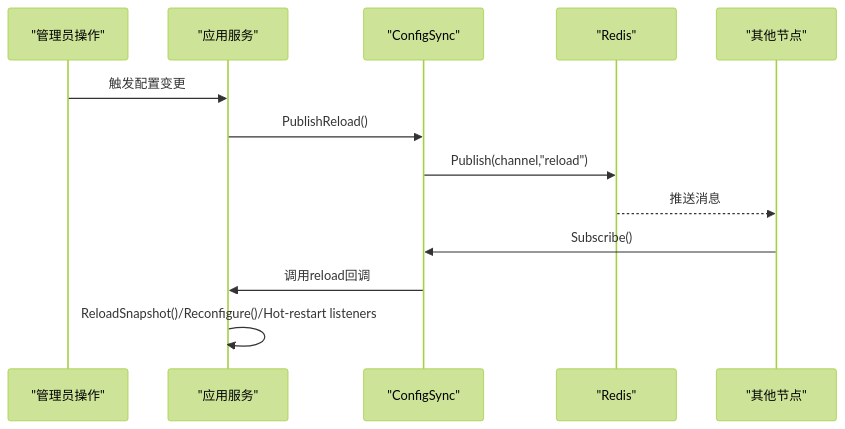
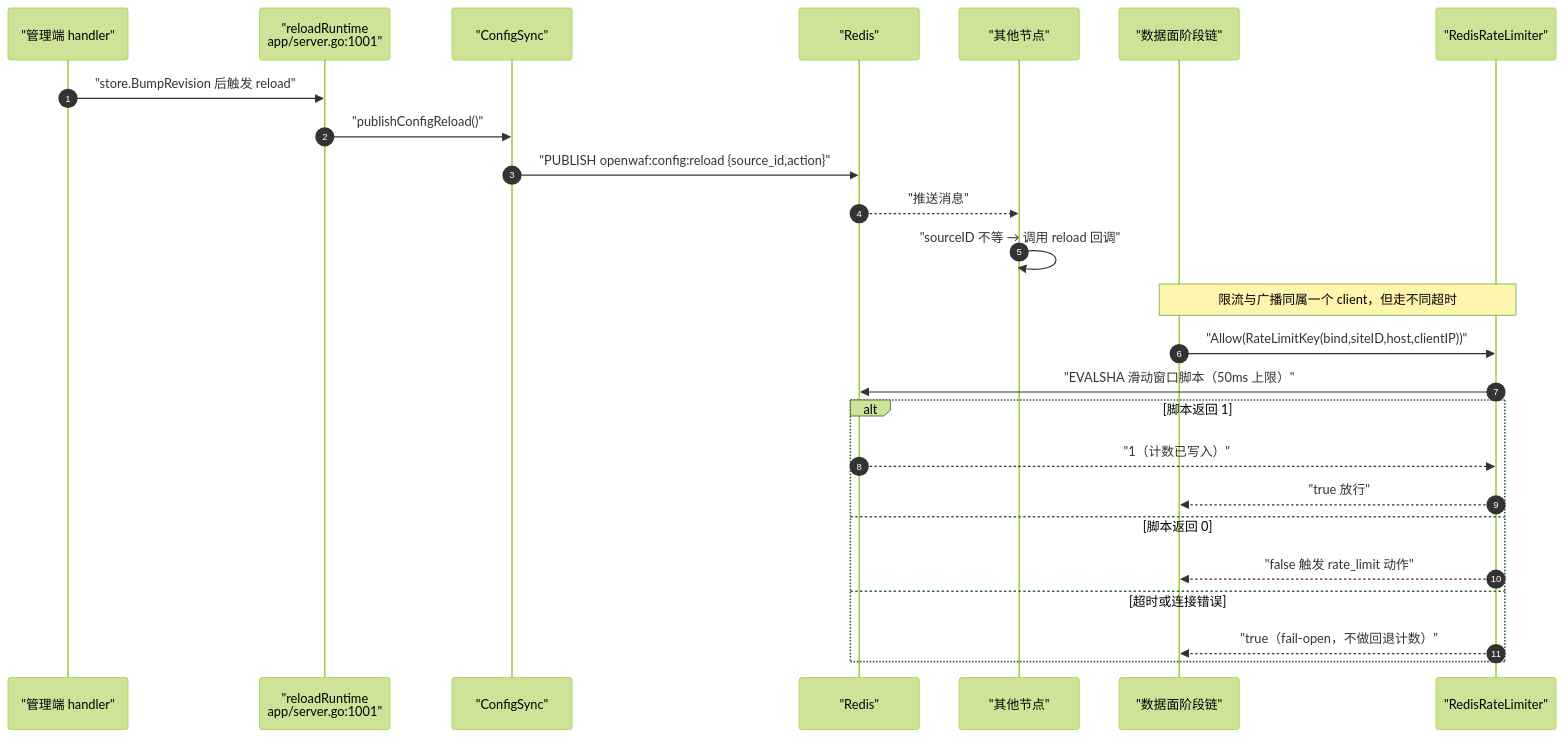
Before and after one commit to x01n/My-OpenWaf: the second of 4 diagrams in docs/扩展与插件系统/存储后端扩展/NoSQL 存储适配.md, drawn with Mermaid (forest theme). The commit also changed other lines of this file and 622 other files, not shown here.

````diff
--- a/docs/扩展与插件系统/存储后端扩展/NoSQL 存储适配.md
+++ b/docs/扩展与插件系统/存储后端扩展/NoSQL 存储适配.md
@@ -244,15 +225,27 @@
 ```mermaid
 sequenceDiagram
-participant Admin as "管理员操作"
-participant App as "应用服务"
-participant CS as "ConfigSync"
-participant Redis as "Redis"
-participant Nodes as "其他节点"
-Admin->>App : 触发配置变更
-App->>CS : PublishReload()
-CS->>Redis : Publish(channel,"reload")
-Redis-->>Nodes : 推送消息
-Nodes->>CS : Subscribe()
-CS->>App : 调用reload回调
-App->>App : ReloadSnapshot()/Reconfigure()/Hot-restart listeners
+    autonumber
+    participant ADM as "管理端 handler"
+    participant APP as "reloadRuntime<br/>app/server.go:1001"
+    participant CS as "ConfigSync"
+    participant RS as "Redis"
+    participant PEER as "其他节点"
+    participant DP as "数据面阶段链"
+    participant RL as "RedisRateLimiter"
+    ADM->>APP : "store.BumpRevision 后触发 reload"
+    APP->>CS : "publishConfigReload()"
+    CS->>RS : "PUBLISH openwaf:config:reload {source_id,action}"
+    RS-->>PEER : "推送消息"
+    PEER->>PEER : "sourceID 不等 → 调用 reload 回调"
+    Note over DP,RL : 限流与广播同属一个 client，但走不同超时
+    DP->>RL : "Allow(RateLimitKey(bind,siteID,host,clientIP))"
+    RL->>RS : "EVALSHA 滑动窗口脚本（50ms 上限）"
+    alt 脚本返回 1
+        RS-->>RL : "1（计数已写入）"
+        RL-->>DP : "true 放行"
+    else 脚本返回 0
+        RL-->>DP : "false 触发 rate_limit 动作"
+    else 超时或连接错误
+        RL-->>DP : "true（fail-open，不做回退计数）"
+    end
 ```
````
